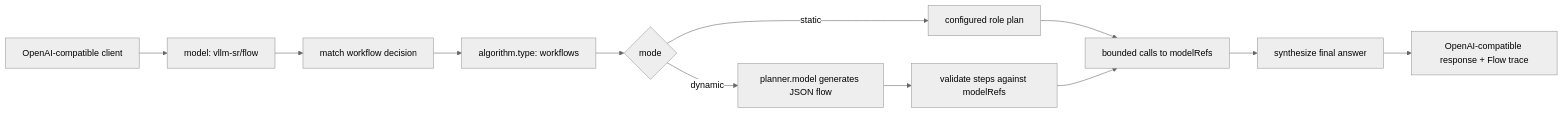
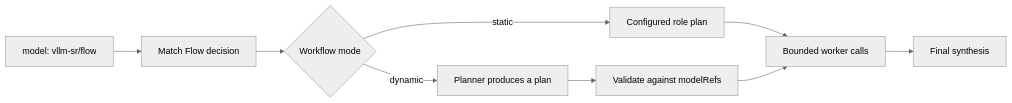
One commit to vllm-project/semantic-router changed the diagram in website/docs/proposals/router-flow-workflows.md. Above: the diagram before and after it, drawn with Mermaid (neutral theme). The commit also changed other lines of this file and 1110 other files, not shown here.

````diff
--- a/website/docs/proposals/router-flow-workflows.md
+++ b/website/docs/proposals/router-flow-workflows.md
@@ -54,14 +29,11 @@
 ```mermaid
 flowchart LR
-  Client["OpenAI-compatible client"] --> Model["model: vllm-sr/flow"]
-  Model --> Match["match workflow decision"]
-  Match --> Policy["algorithm.type: workflows"]
-  Policy --> Mode{"mode"}
-  Mode -->|"static"| Static["configured role plan"]
-  Mode -->|"dynamic"| Planner["planner.model generates JSON flow"]
-  Static --> Workers["bounded calls to modelRefs"]
-  Planner --> Validate["validate steps against modelRefs"]
+  Request["model: vllm-sr/flow"] --> Decision["Match Flow decision"]
+  Decision --> Plan{"Workflow mode"}
+  Plan -->|"static"| Static["Configured role plan"]
+  Plan -->|"dynamic"| Planner["Planner produces a plan"]
+  Planner --> Validate["Validate against modelRefs"]
+  Static --> Workers["Bounded worker calls"]
   Validate --> Workers
-  Workers --> Final["synthesize final answer"]
-  Final --> Response["OpenAI-compatible response + Flow trace"]
+  Workers --> Final["Final synthesis"]
 ```
````
